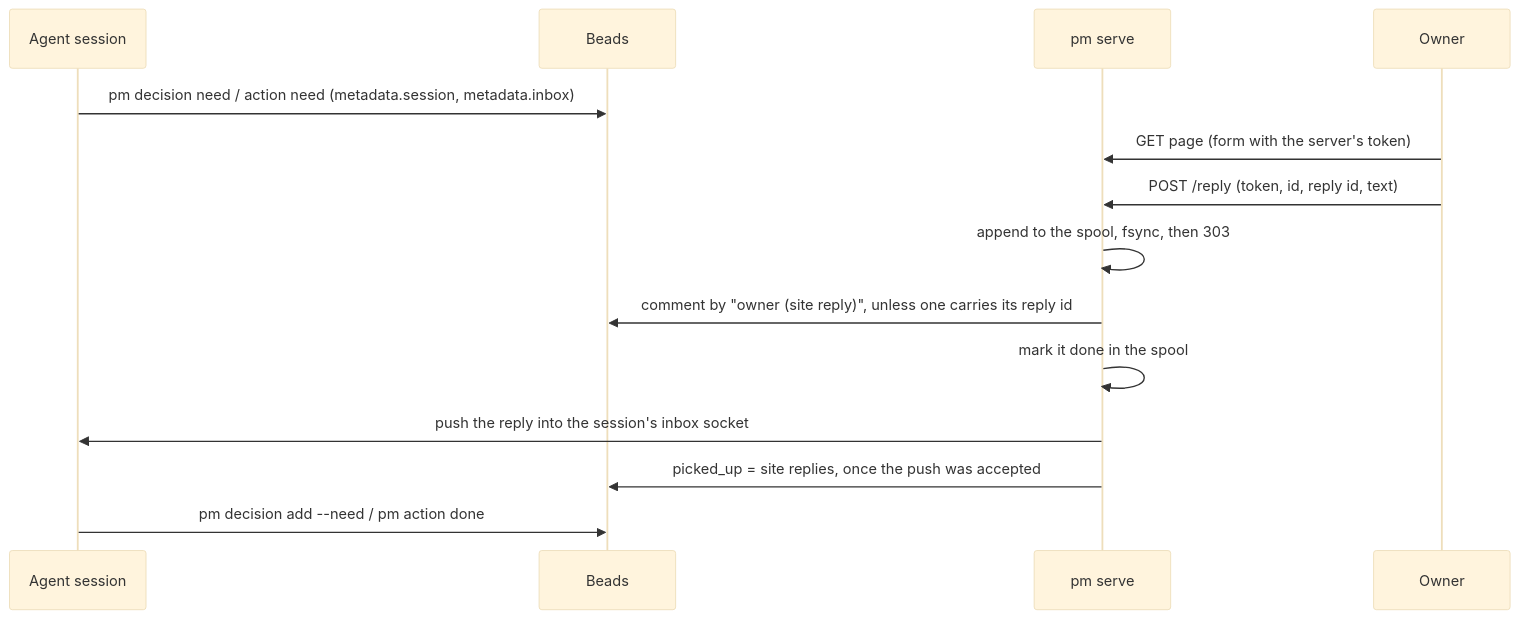
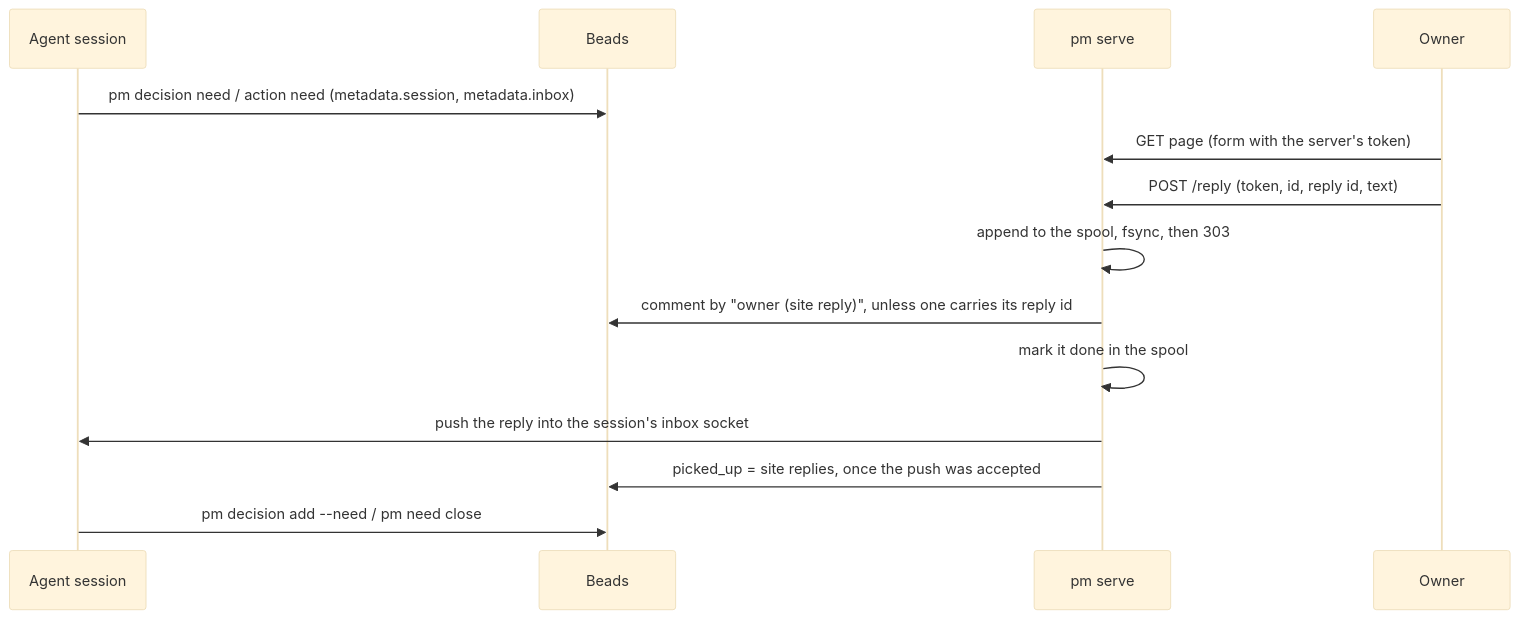
Before and after one commit to Yeeef/pm: the diagram in design/site-replies.md, drawn with Mermaid (base theme). The commit also changed other lines of this file and 12 other files, not shown here.

````diff
--- a/design/site-replies.md
+++ b/design/site-replies.md
@@ -87,16 +87,16 @@
 ```mermaid
 sequenceDiagram
   participant A as Agent session
   participant B as Beads
   participant S as pm serve
   participant O as Owner
   A->>B: pm decision need / action need (metadata.session, metadata.inbox)
   O->>S: GET page (form with the server's token)
   O->>S: POST /reply (token, id, reply id, text)
   S->>S: append to the spool, fsync, then 303
   S->>B: comment by "owner (site reply)", unless one carries its reply id
   S->>S: mark it done in the spool
   S->>A: push the reply into the session's inbox socket
   S->>B: picked_up = site replies, once the push was accepted
-  A->>B: pm decision add --need / pm action done
+  A->>B: pm decision add --need / pm need close
 ```
````
